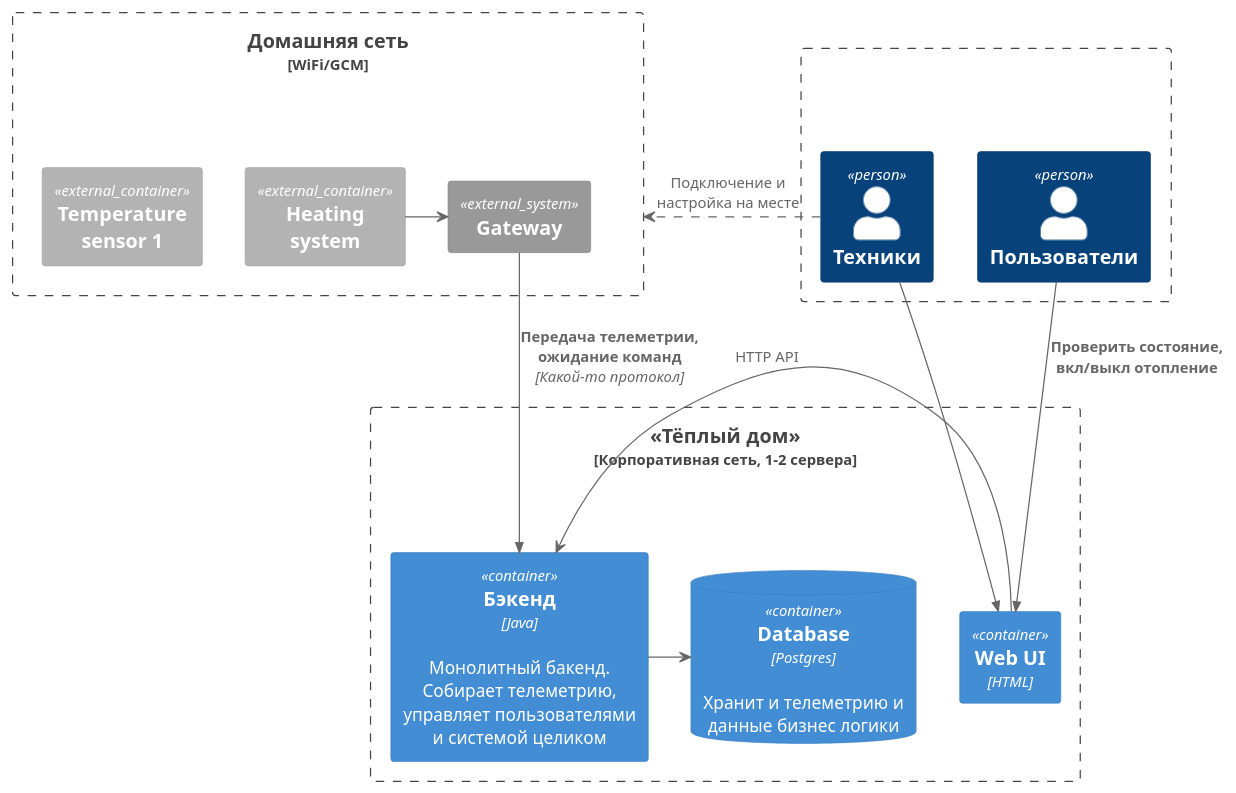
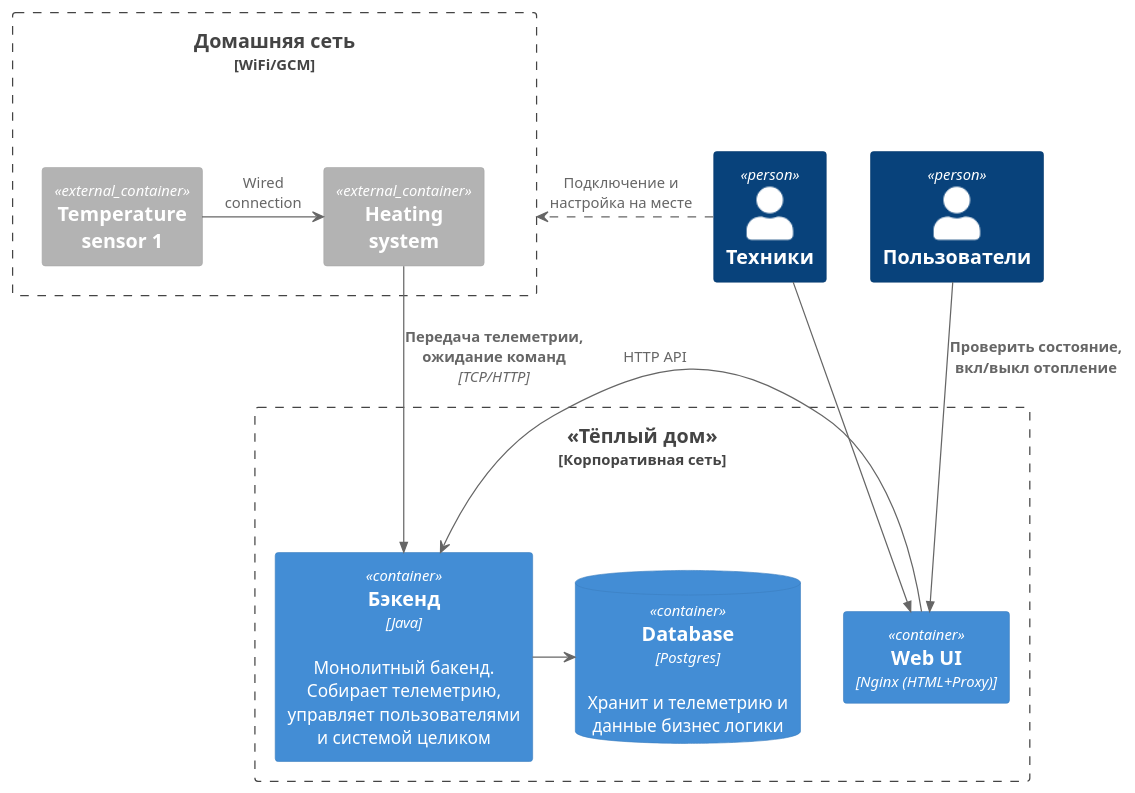
Before and after one commit to sapl/yandex-practicum-sprint-3: the diagram in tasks/task-1-1/initial-context-diagram.puml, drawn with PlantUML. The commit also changed 5 other files, not shown here.

```diff
--- a/tasks/task-1-1/initial-context-diagram.puml
+++ b/tasks/task-1-1/initial-context-diagram.puml
@@ -1,33 +1,30 @@
 @startuml
 !include https://raw.githubusercontent.com/plantuml-stdlib/C4-PlantUML/master/C4_Context.puml
 !include https://raw.githubusercontent.com/plantuml-stdlib/C4-PlantUML/master/C4_Container.puml
 
-Boundary(users,"" ){
 Person(user, "Пользователи")
 Person(admin, "Техники")
-}
 
 
-Boundary(platform, "«Тёплый дом» ", "Корпоративная сеть, 1-2 сервера") {
-    Container(web, "Web UI", "HTML")
+Boundary(platform, "«Тёплый дом» ", "Корпоративная сеть") {
+    Container(web, "Web UI", "Nginx (HTML+Proxy)")
     Container(backend, "Бэкенд", "Java", "Монолитный бакенд. Собирает телеметрию, управляет пользователями и системой целиком")
     ContainerDb(database, "Database", "Postgres", "Хранит и телеметрию и данные бизнес логики")
     web -> backend: HTTP API
     backend -> database
 }
 
 Boundary(home, "Домашняя сеть", "WiFi/GCM"){
     Container_Ext(heatingSystem, "Heating\n system")
-    System_Ext(gateway, "Gateway")
     Container_Ext(sensor, "Temperature\n sensor 1")
-    heatingSystem->gateway
+    sensor->heatingSystem : Wired\nconnection
 }
 
 
 Rel(user, web, "Проверить состояние, вкл/выкл отопление")
 Rel(admin, web, " ")
 admin .> home: Подключение и настройка на месте
-Rel(gateway, backend, "Передача телеметрии, ожидание команд", "Какой-то протокол")
+Rel(heatingSystem, backend, "Передача телеметрии, ожидание команд", "TCP/HTTP")
 
 
 @enduml
```
